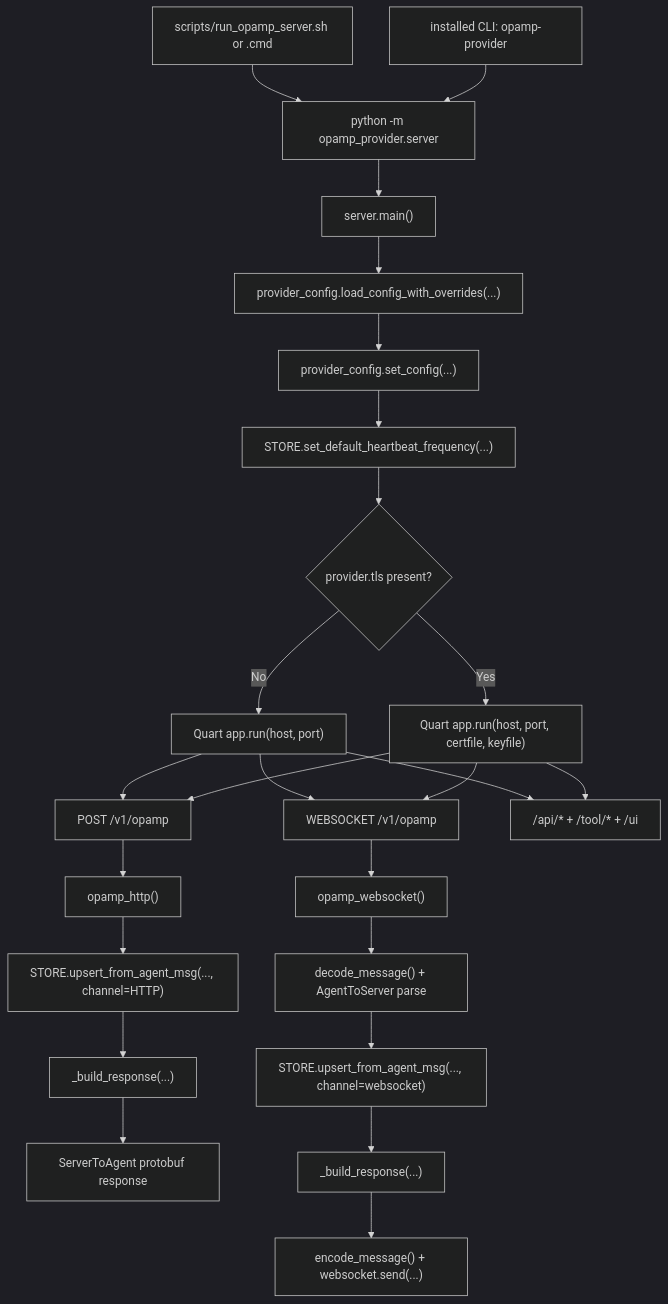
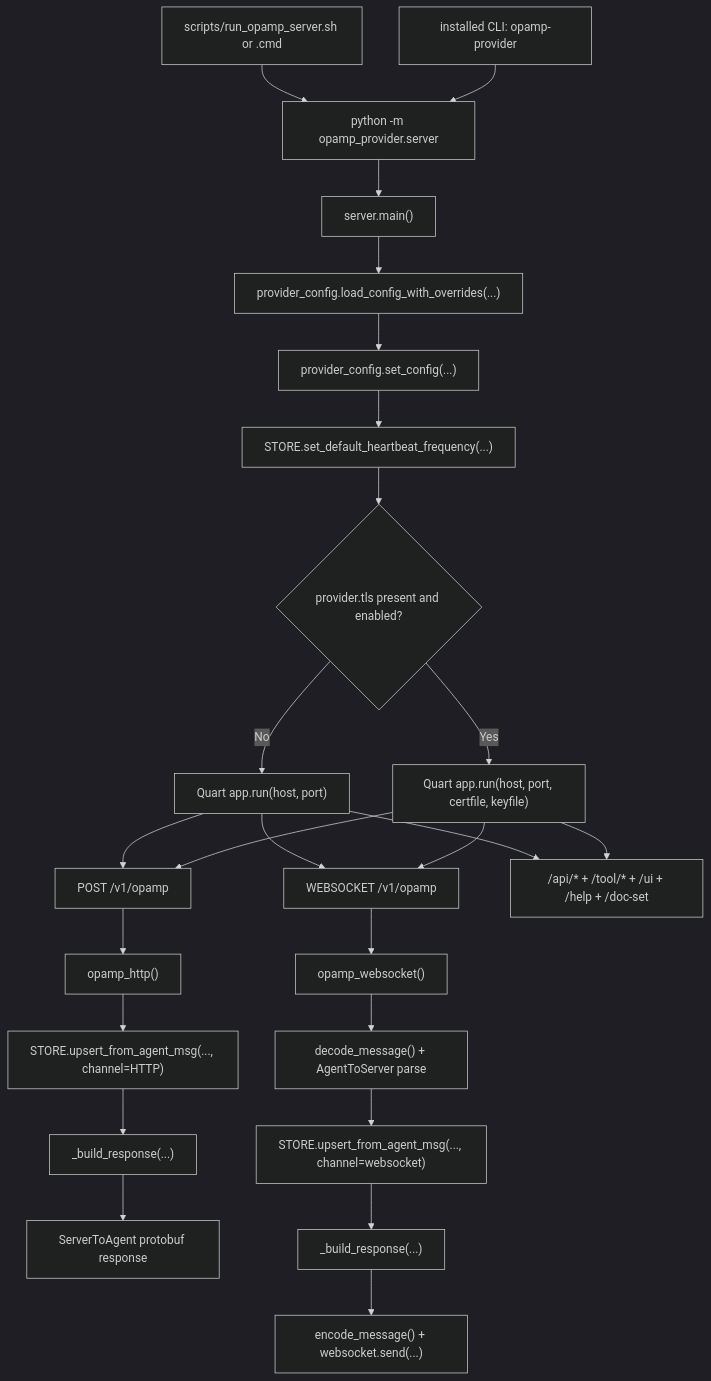
Before and after one commit to mp3monster/fluent-bit-opamp: the second of 4 diagrams in docs/provider_server_diagram.md, drawn with Mermaid (dark theme). The commit also changed other lines of this file and 12 other files, not shown here.

Commit message:
Add flag to control whether TLS is enabled or not within the TLS configuration block. Update docs

````diff
--- a/docs/provider_server_diagram.md
+++ b/docs/provider_server_diagram.md
@@ -128,32 +128,32 @@
 ```mermaid
 flowchart TD
     A["scripts/run_opamp_server.sh or .cmd"] --> B["python -m opamp_provider.server"]
     C["installed CLI: opamp-provider"] --> B
 
     B --> D["server.main()"]
     D --> E["provider_config.load_config_with_overrides(...)"]
     E --> F["provider_config.set_config(...)"]
     F --> G["STORE.set_default_heartbeat_frequency(...)"]
-    G --> H{"provider.tls present?"}
+    G --> H{"provider.tls present and enabled?"}
     H -->|No| I["Quart app.run(host, port)"]
     H -->|Yes| J["Quart app.run(host, port, certfile, keyfile)"]
 
     I --> K["POST /v1/opamp"]
     I --> L["WEBSOCKET /v1/opamp"]
-    I --> M["/api/* + /tool/* + /ui"]
+    I --> M["/api/* + /tool/* + /ui + /help + /doc-set"]
 
     J --> K
     J --> L
     J --> M
 
     K --> N["opamp_http()"]
     N --> O["STORE.upsert_from_agent_msg(..., channel=HTTP)"]
     O --> P["_build_response(...)"]
     P --> Q["ServerToAgent protobuf response"]
 
     L --> R["opamp_websocket()"]
     R --> S["decode_message() + AgentToServer parse"]
     S --> T["STORE.upsert_from_agent_msg(..., channel=websocket)"]
     T --> U["_build_response(...)"]
     U --> V["encode_message() + websocket.send(...)"]
 ```
````
